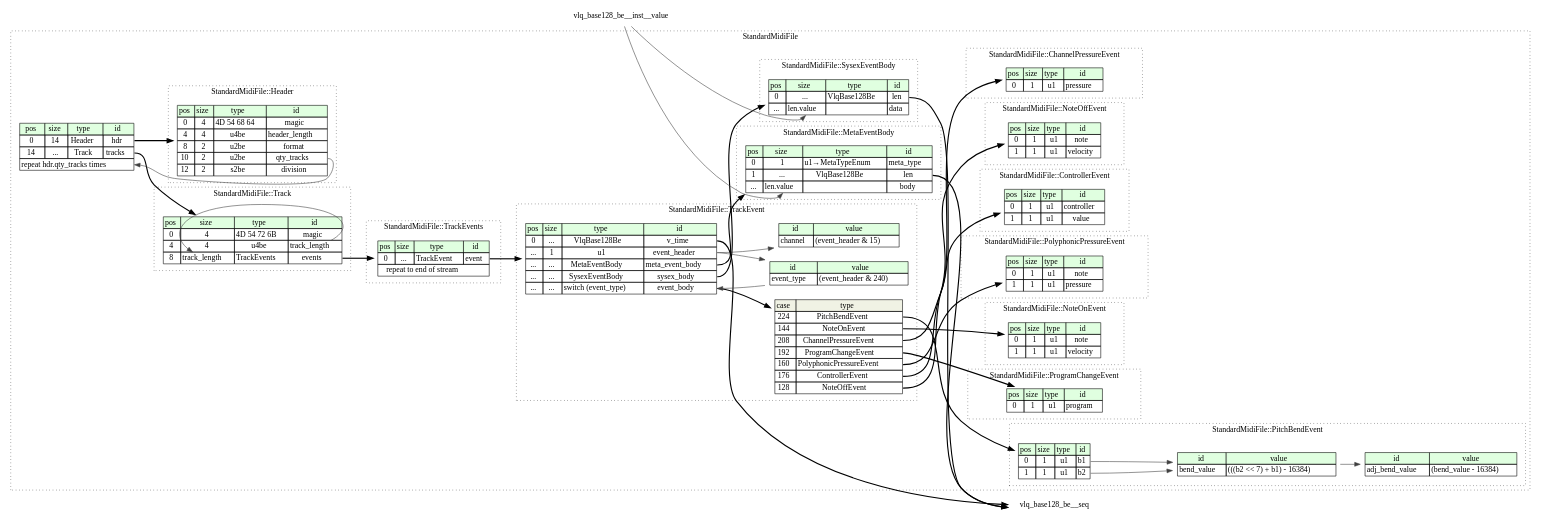
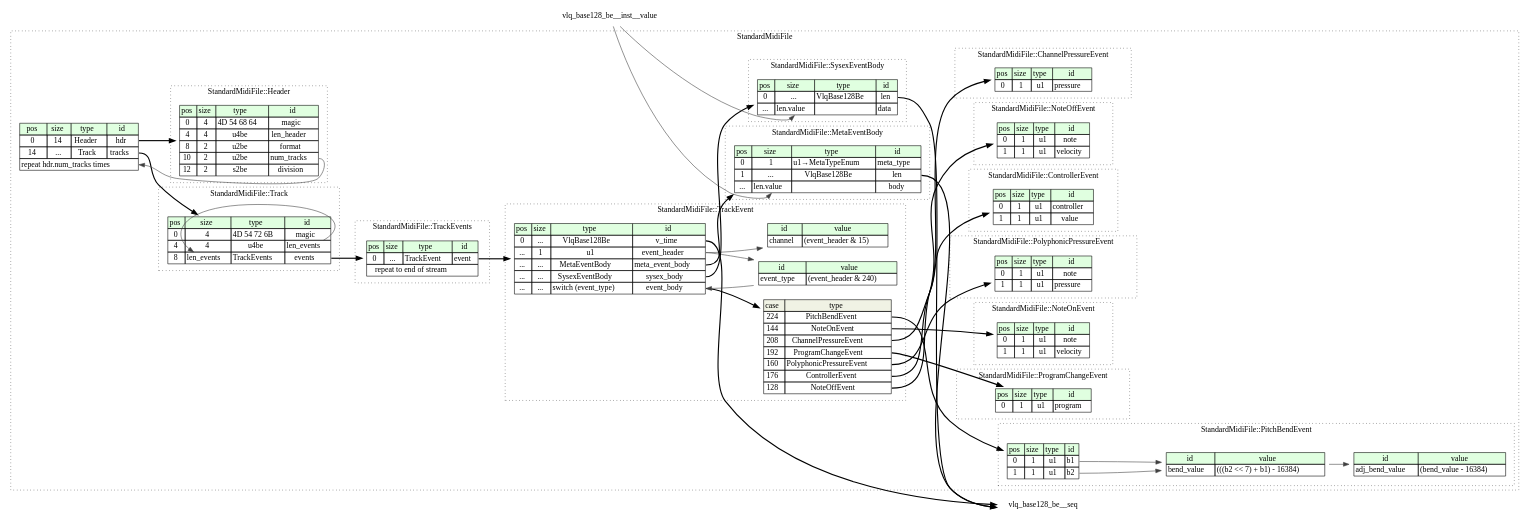
One commit to kaitai-io/formats-kaitai-io.github.io changed the diagram in standard_midi_file/src/graphviz/standard_midi_file.dot. Above: the diagram before and after it, drawn with Graphviz. The commit also changed 31 other files, not shown here.

```diff
--- a/standard_midi_file/src/graphviz/standard_midi_file.dot
+++ b/standard_midi_file/src/graphviz/standard_midi_file.dot
@@ -9,7 +9,7 @@
 			<TR><TD BGCOLOR="#E0FFE0">pos</TD><TD BGCOLOR="#E0FFE0">size</TD><TD BGCOLOR="#E0FFE0">type</TD><TD BGCOLOR="#E0FFE0">id</TD></TR>
 			<TR><TD PORT="hdr_pos">0</TD><TD PORT="hdr_size">14</TD><TD>Header</TD><TD PORT="hdr_type">hdr</TD></TR>
 			<TR><TD PORT="tracks_pos">14</TD><TD PORT="tracks_size">...</TD><TD>Track</TD><TD PORT="tracks_type">tracks</TD></TR>
-			<TR><TD COLSPAN="4" PORT="tracks__repeat">repeat hdr.qty_tracks times</TD></TR>
+			<TR><TD COLSPAN="4" PORT="tracks__repeat">repeat hdr.num_tracks times</TD></TR>
 		</TABLE>>];
 		subgraph cluster__track_events {
 			label="StandardMidiFile::TrackEvents";
@@ -106,8 +106,8 @@
 			track__seq [label=<<TABLE BORDER="0" CELLBORDER="1" CELLSPACING="0">
 				<TR><TD BGCOLOR="#E0FFE0">pos</TD><TD BGCOLOR="#E0FFE0">size</TD><TD BGCOLOR="#E0FFE0">type</TD><TD BGCOLOR="#E0FFE0">id</TD></TR>
 				<TR><TD PORT="magic_pos">0</TD><TD PORT="magic_size">4</TD><TD>4D 54 72 6B</TD><TD PORT="magic_type">magic</TD></TR>
-				<TR><TD PORT="track_length_pos">4</TD><TD PORT="track_length_size">4</TD><TD>u4be</TD><TD PORT="track_length_type">track_length</TD></TR>
-				<TR><TD PORT="events_pos">8</TD><TD PORT="events_size">track_length</TD><TD>TrackEvents</TD><TD PORT="events_type">events</TD></TR>
+				<TR><TD PORT="len_events_pos">4</TD><TD PORT="len_events_size">4</TD><TD>u4be</TD><TD PORT="len_events_type">len_events</TD></TR>
+				<TR><TD PORT="events_pos">8</TD><TD PORT="events_size">len_events</TD><TD>TrackEvents</TD><TD PORT="events_type">events</TD></TR>
 			</TABLE>>];
 		}
 		subgraph cluster__meta_event_body {
@@ -138,9 +138,9 @@
 			header__seq [label=<<TABLE BORDER="0" CELLBORDER="1" CELLSPACING="0">
 				<TR><TD BGCOLOR="#E0FFE0">pos</TD><TD BGCOLOR="#E0FFE0">size</TD><TD BGCOLOR="#E0FFE0">type</TD><TD BGCOLOR="#E0FFE0">id</TD></TR>
 				<TR><TD PORT="magic_pos">0</TD><TD PORT="magic_size">4</TD><TD>4D 54 68 64</TD><TD PORT="magic_type">magic</TD></TR>
-				<TR><TD PORT="header_length_pos">4</TD><TD PORT="header_length_size">4</TD><TD>u4be</TD><TD PORT="header_length_type">header_length</TD></TR>
+				<TR><TD PORT="len_header_pos">4</TD><TD PORT="len_header_size">4</TD><TD>u4be</TD><TD PORT="len_header_type">len_header</TD></TR>
 				<TR><TD PORT="format_pos">8</TD><TD PORT="format_size">2</TD><TD>u2be</TD><TD PORT="format_type">format</TD></TR>
-				<TR><TD PORT="qty_tracks_pos">10</TD><TD PORT="qty_tracks_size">2</TD><TD>u2be</TD><TD PORT="qty_tracks_type">qty_tracks</TD></TR>
+				<TR><TD PORT="num_tracks_pos">10</TD><TD PORT="num_tracks_size">2</TD><TD>u2be</TD><TD PORT="num_tracks_type">num_tracks</TD></TR>
 				<TR><TD PORT="division_pos">12</TD><TD PORT="division_size">2</TD><TD>s2be</TD><TD PORT="division_type">division</TD></TR>
 			</TABLE>>];
 		}
@@ -176,7 +176,7 @@
 	}
 	standard_midi_file__seq:hdr_type -> header__seq [style=bold];
 	standard_midi_file__seq:tracks_type -> track__seq [style=bold];
-	header__seq:qty_tracks_type -> standard_midi_file__seq:tracks__repeat [color="#404040"];
+	header__seq:num_tracks_type -> standard_midi_file__seq:tracks__repeat [color="#404040"];
 	track_events__seq:event_type -> track_event__seq [style=bold];
 	track_event__seq:v_time_type -> vlq_base128_be__seq [style=bold];
 	track_event__seq:meta_event_body_type -> meta_event_body__seq [style=bold];
@@ -195,7 +195,7 @@
 	pitch_bend_event__seq:b2_type -> pitch_bend_event__inst__bend_value [color="#404040"];
 	pitch_bend_event__seq:b1_type -> pitch_bend_event__inst__bend_value [color="#404040"];
 	pitch_bend_event__inst__bend_value:bend_value_type -> pitch_bend_event__inst__adj_bend_value [color="#404040"];
-	track__seq:track_length_type -> track__seq:events_size [color="#404040"];
+	track__seq:len_events_type -> track__seq:events_size [color="#404040"];
 	track__seq:events_type -> track_events__seq [style=bold];
 	meta_event_body__seq:len_type -> vlq_base128_be__seq [style=bold];
 	vlq_base128_be__inst__value:value_type -> meta_event_body__seq:body_size [color="#404040"];
```
